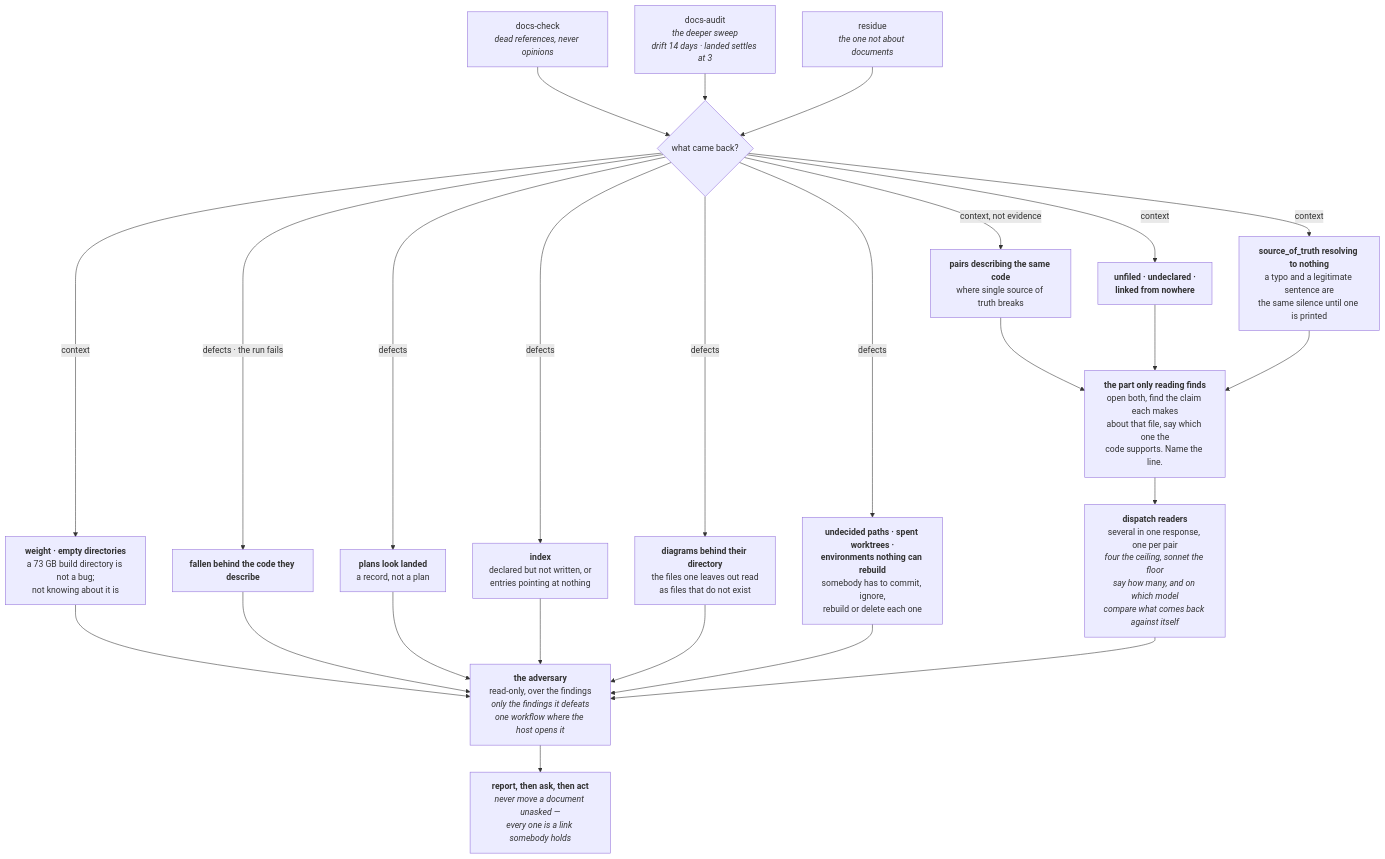
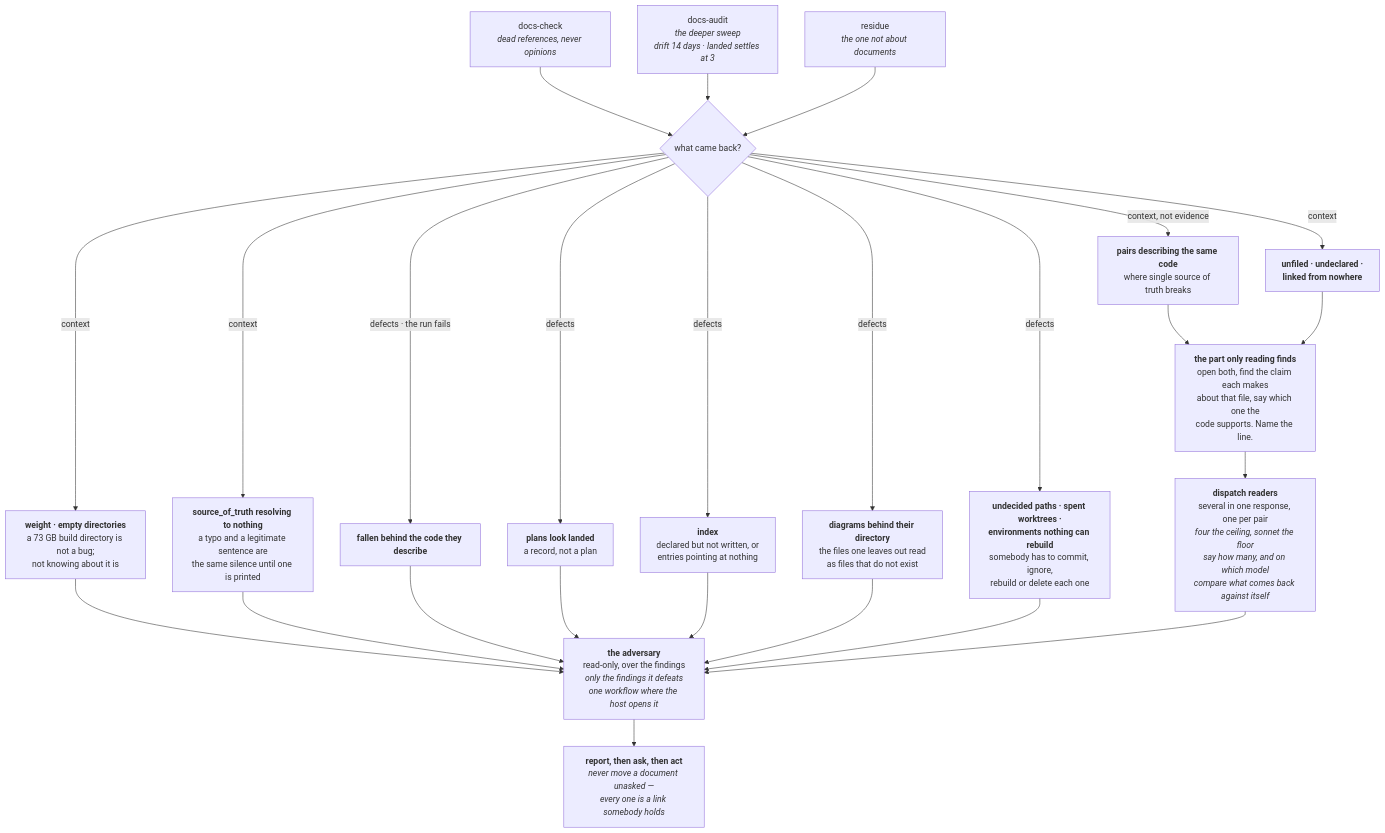
The seventh of 8 diagrams in docs/pipeline.md (FanFantom9452/FanKeel), drawn with Mermaid before and after one commit.

Commit message:
fix: the diagram sends an unresolved entry to the adversary
- docs/pipeline.md: `E4 --> F` becomes `E4 --> F2`. F reads "open both, find
  the claim each makes about that file" — a two-document comparison, which E1's
  pairs are and which an entry naming no file structurally cannot be. E3, the
  other standalone fact in that column, already goes straight to the adversary,
  and E4 now carries exactly the two edges E3 carries

The brief said to give E4 whatever edge its siblings had, and the siblings
disagree: E2 flows into F, E3 into F2. That instruction had no single answer and
the previous commit took the wrong half of it.

Checks, each unpiped: docs-check 0, docs-audit 0, and pipeline-doc, contract,
docs and skills together 140 pass. The "cited with no quote" list is the same
four entries as before the branch.

Claude-Session: https://claude.ai/code/session_01XQFayAwp2S1g3W29gHv5NR

````diff
--- a/docs/pipeline.md
+++ b/docs/pipeline.md
@@ -662,45 +662,45 @@
 ```mermaid
 flowchart TD
     A["docs-check<br/><i>dead references, never opinions</i>"]
     B["docs-audit<br/><i>the deeper sweep<br/>drift 14 days · landed settles at 3</i>"]
     A2["residue<br/><i>the one not about documents</i>"]
     C{"what came back?"}
     D1["<b>fallen behind the code they describe</b>"]
     D2["<b>plans look landed</b><br/>a record, not a plan"]
     D3["<b>index</b><br/>declared but not written, or<br/>entries pointing at nothing"]
     D4["<b>diagrams behind their directory</b><br/>the files one leaves out read<br/>as files that do not exist"]
     D5["<b>undecided paths · spent worktrees ·<br/>environments nothing can rebuild</b><br/>somebody has to commit, ignore,<br/>rebuild or delete each one"]
     E1["<b>pairs describing the same code</b><br/>where single source of truth breaks"]
     E2["<b>unfiled · undeclared ·<br/>linked from nowhere</b>"]
     E3["<b>weight · empty directories</b><br/>a 73 GB build directory is not a bug;<br/>not knowing about it is"]
     E4["<b>source_of_truth resolving to nothing</b><br/>a typo and a legitimate sentence are<br/>the same silence until one is printed"]
     F["<b>the part only reading finds</b><br/>open both, find the claim each makes<br/>about that file, say which one the<br/>code supports. Name the line."]
     F1["<b>dispatch readers</b><br/>several in one response, one per pair<br/><i>four the ceiling, sonnet the floor</i><br/><i>say how many, and on which model</i><br/><i>compare what comes back against itself</i>"]
     F2["<b>the adversary</b><br/>read-only, over the findings<br/><i>only the findings it defeats</i><br/><i>one workflow where the host opens it</i>"]
     G["<b>report, then ask, then act</b><br/><i>never move a document unasked —<br/>every one is a link somebody holds</i>"]
 
     A --> C
     B --> C
     A2 --> C
     C -- "defects · the run fails" --> D1
     C -- "defects" --> D2
     C -- "defects" --> D3
     C -- "defects" --> D4
     C -- "defects" --> D5
     C -- "context, not evidence" --> E1
     C -- "context" --> E2
     C -- "context" --> E3
     C -- "context" --> E4
     E1 --> F
     E2 --> F
     E3 --> F2
-    E4 --> F
+    E4 --> F2
     D1 --> F2
     D2 --> F2
     D3 --> F2
     D4 --> F2
     D5 --> F2
     F --> F1
     F1 --> F2
     F2 --> G
 ```
````
